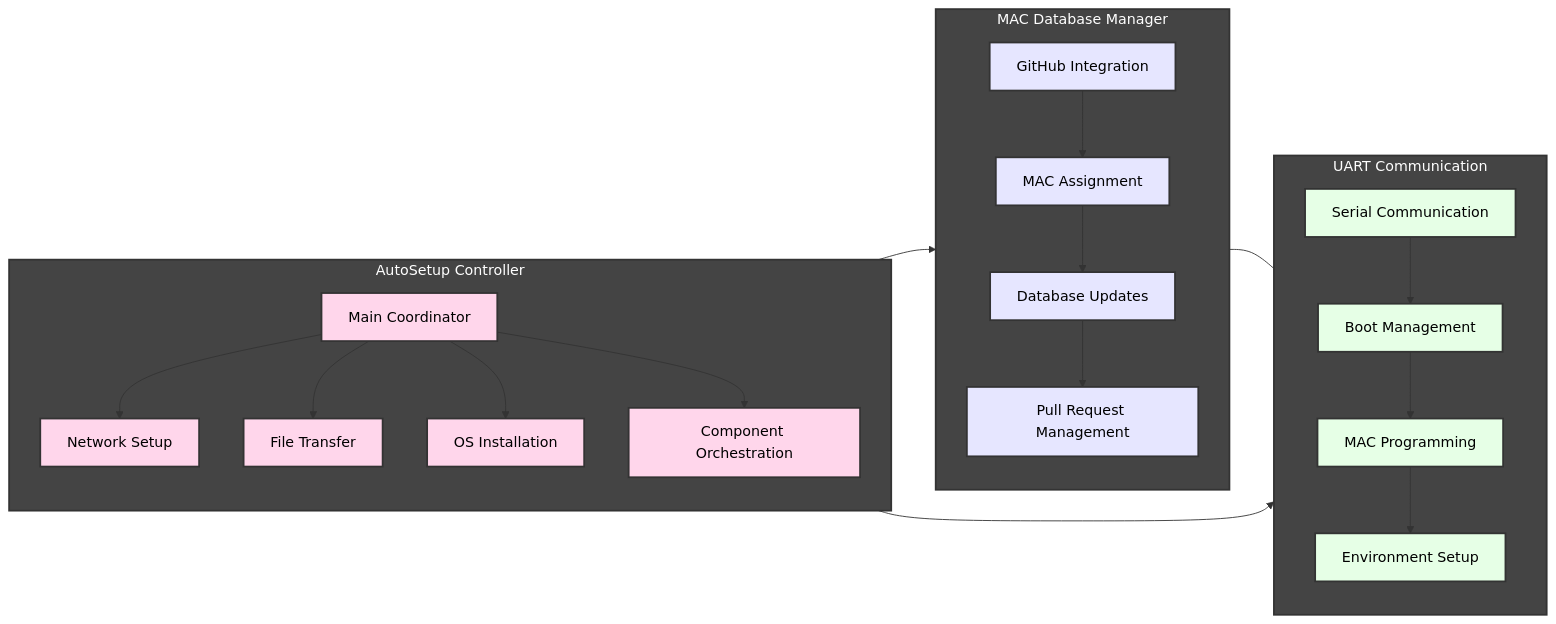
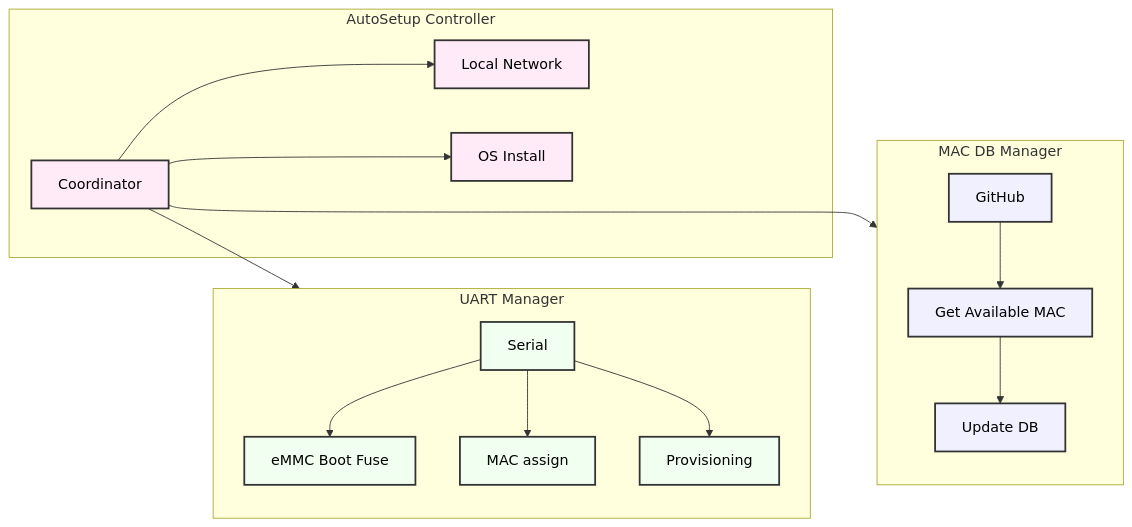
The first of 2 diagrams in README.md (KobolMan/CrystalAutoSetup), drawn with Mermaid before and after one commit. The commit also changed other lines of this file, not shown here.

````diff
--- a/README.md
+++ b/README.md
@@ -31,55 +31,32 @@
 ```mermaid
 graph LR
-    %% AutoSetup Controller
-    subgraph AC[AutoSetup Controller]
-        direction TB
-        Main[Main Coordinator] --> NS[Network Setup]
-        Main --> FT[File Transfer]
-        Main --> OS[OS Installation]
-        Main --> CO[Component Orchestration]
-        
-        style Main fill:#ffd6eb,stroke:#333,stroke-width:2px,color:#000
-        style NS fill:#ffd6eb,stroke:#333,stroke-width:2px,color:#000
-        style FT fill:#ffd6eb,stroke:#333,stroke-width:2px,color:#000
-        style OS fill:#ffd6eb,stroke:#333,stroke-width:2px,color:#000
-        style CO fill:#ffd6eb,stroke:#333,stroke-width:2px,color:#000
-    end
+   subgraph Auto[AutoSetup Controller]
+       MC[Coordinator] --> NS[Local Network]
+       MC --> OS[OS Install]
+   end
 
-    %% MAC Database Manager
-    subgraph DB[MAC Database Manager]
-        direction TB
-        GH[GitHub Integration] --> MA[MAC Assignment]
-        MA --> DU[Database Updates]
-        DU --> PR[Pull Request Management]
-        
-        style GH fill:#e6e6ff,stroke:#333,stroke-width:2px,color:#000
-        style MA fill:#e6e6ff,stroke:#333,stroke-width:2px,color:#000
-        style DU fill:#e6e6ff,stroke:#333,stroke-width:2px,color:#000
-        style PR fill:#e6e6ff,stroke:#333,stroke-width:2px,color:#000
-    end
+   subgraph UART[UART Manager]
+       SC[Serial] --> BT[eMMC Boot Fuse]
+       SC --> MP[MAC assign]
+       SC --> PV[Provisioning]
+   end
 
-    %% UART Communication
-    subgraph UC[UART Communication]
-        direction TB
-        SC[Serial Communication] --> BM[Boot Management]
-        BM --> MP[MAC Programming]
-        MP --> ES[Environment Setup]
-        
-        style SC fill:#e6ffe6,stroke:#333,stroke-width:2px,color:#000
-        style BM fill:#e6ffe6,stroke:#333,stroke-width:2px,color:#000
-        style MP fill:#e6ffe6,stroke:#333,stroke-width:2px,color:#000
-        style ES fill:#e6ffe6,stroke:#333,stroke-width:2px,color:#000
-    end
+   subgraph MAC[MAC DB Manager]
+       GH[GitHub] --> MA[Get Available MAC]
+       MA --> DB[Update DB]
+   end
 
-    %% Connections between subgraphs
-    Main --> DB
-    Main --> UC
+   MC --> UART
+   MC --> MAC
+   
+   %% Force vertical alignment
+   UART ~~~ MAC
 
-    %% Force vertical alignment of right subgraphs
-    DB --- UC
-    
-    %% Style subgraph titles
-    style AC fill:#444,stroke:#333,stroke-width:2px,color:white
-    style DB fill:#444,stroke:#333,stroke-width:2px,color:white
-    style UC fill:#444,stroke:#333,stroke-width:2px,color:white
+   classDef main fill:#ffebf7,stroke:#333,stroke-width:2px,color:#000
+   classDef uart fill:#f0fff0,stroke:#333,stroke-width:2px,color:#000
+   classDef mac fill:#f0f0ff,stroke:#333,stroke-width:2px,color:#000
+
+   class MC,NS,OS main
+   class SC,BT,MP,PV uart
+   class GH,MA,DB mac
 ```
````
